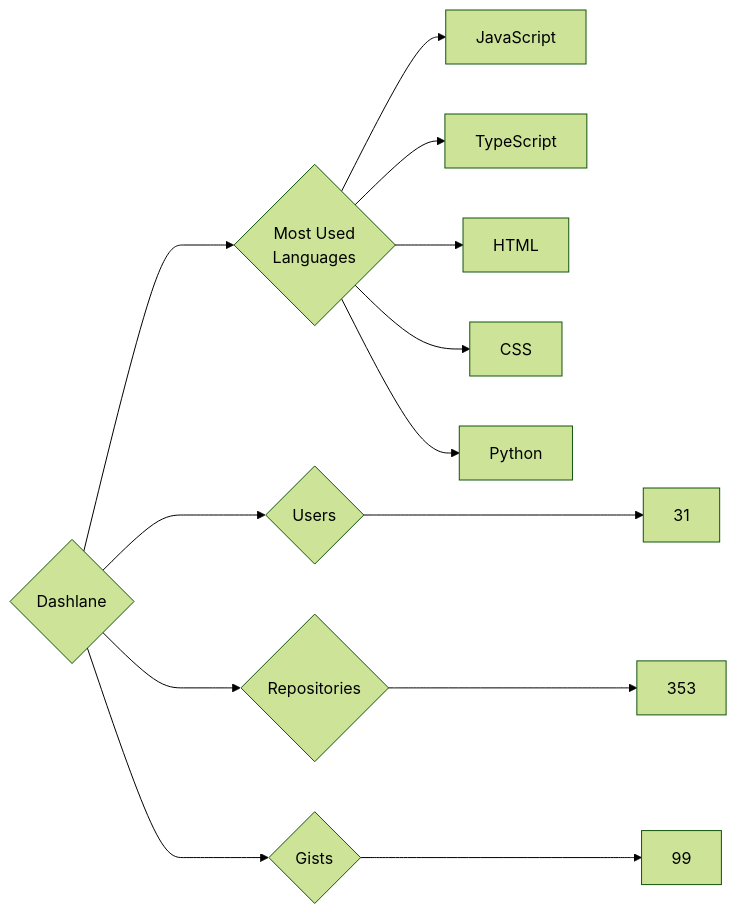
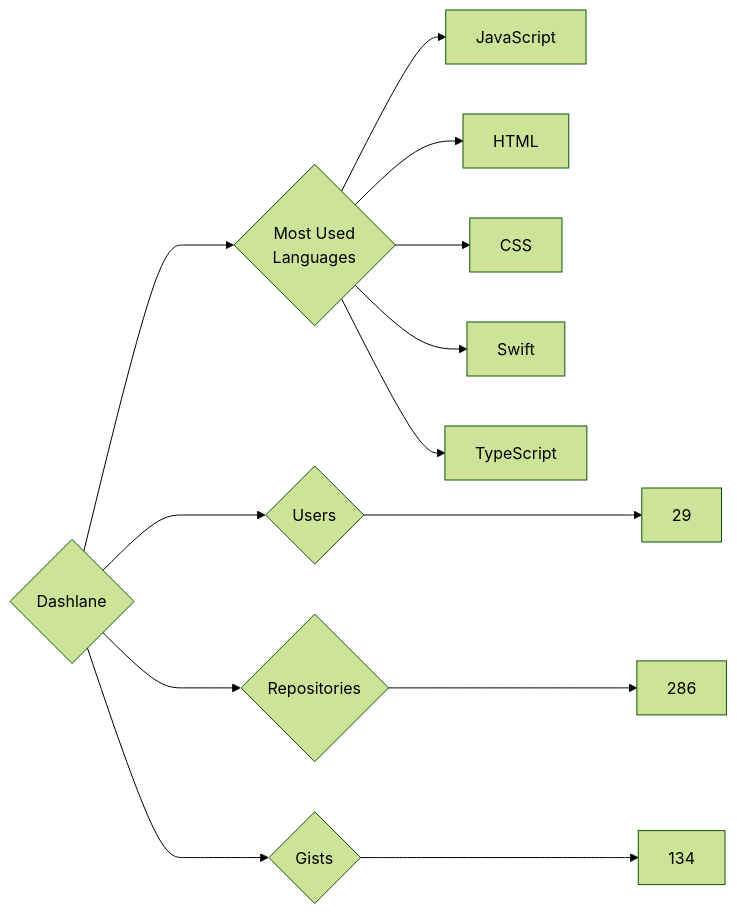
Before and after one commit to trickest/insiders: the diagram in targets/Dashlane/README.md, drawn with Mermaid (forest theme). The commit also changed 924 other files, not shown here.

````diff
--- a/targets/Dashlane/README.md
+++ b/targets/Dashlane/README.md
@@ -3,13 +3,13 @@
 ```mermaid
 graph LR
 COMPANY_NAME{Dashlane}
-COMPANY_NAME ---> U{Users} ---> UN[31]
-COMPANY_NAME ---> R{Repositories} ---> RN[353]
-COMPANY_NAME ---> G{Gists} ---> GN[99]
+COMPANY_NAME ---> U{Users} ---> UN[29]
+COMPANY_NAME ---> R{Repositories} ---> RN[286]
+COMPANY_NAME ---> G{Gists} ---> GN[134]
 COMPANY_NAME ---> ML{Most Used<br>Languages}
 ML --> JavaScript[JavaScript]
-ML --> TypeScript[TypeScript]
 ML --> HTML[HTML]
 ML --> CSS[CSS]
-ML --> Python[Python]
+ML --> Swift[Swift]
+ML --> TypeScript[TypeScript]
 ```
````
